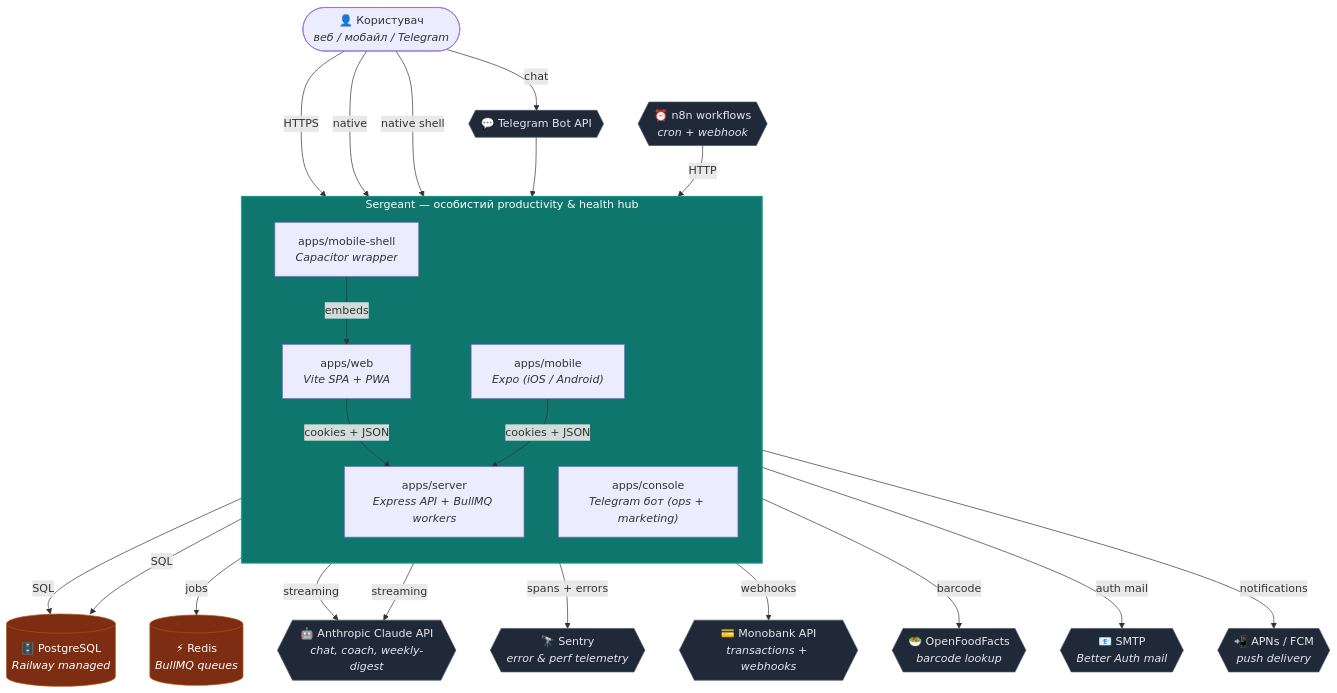
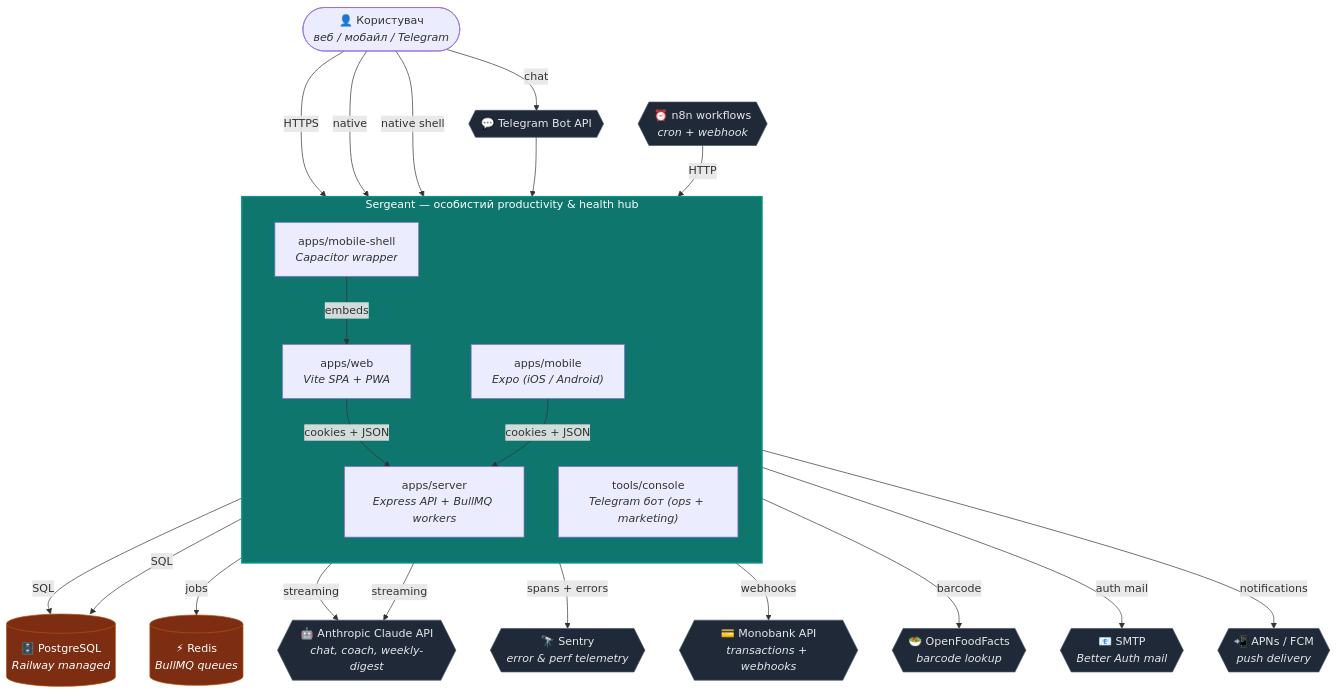
Before and after one commit to SkOrDs-02/sergeant: the diagram in docs/architecture/diagrams/c1-system-context.md, drawn with Mermaid. The commit also changed other lines of this file and 114 other files, not shown here.

Commit message:
chore(root): move apps/console to tools/console (0010 ankle-PR) (#1792)

````diff
--- a/docs/architecture/diagrams/c1-system-context.md
+++ b/docs/architecture/diagrams/c1-system-context.md
@@ -8,53 +8,53 @@
 ```mermaid
 flowchart TB
     User(["👤 Користувач<br/><i>веб / мобайл / Telegram</i>"])
 
     subgraph Sergeant["Sergeant — особистий productivity & health hub"]
         direction TB
         WebApp["apps/web<br/><i>Vite SPA + PWA</i>"]
         MobileApp["apps/mobile<br/><i>Expo (iOS / Android)</i>"]
         ShellApp["apps/mobile-shell<br/><i>Capacitor wrapper</i>"]
         Server["apps/server<br/><i>Express API + BullMQ workers</i>"]
-        Console["apps/console<br/><i>Telegram бот (ops + marketing)</i>"]
+        Console["tools/console<br/><i>Telegram бот (ops + marketing)</i>"]
     end
 
     Postgres[("🗄️ PostgreSQL<br/><i>Railway managed</i>")]
     Redis[("⚡ Redis<br/><i>BullMQ queues</i>")]
     Anthropic{{"🤖 Anthropic Claude API<br/><i>chat, coach, weekly-digest</i>"}}
     Sentry{{"🔭 Sentry<br/><i>error & perf telemetry</i>"}}
     n8n{{"⏰ n8n workflows<br/><i>cron + webhook</i>"}}
     Mono{{"💳 Monobank API<br/><i>transactions + webhooks</i>"}}
     OFF{{"🥗 OpenFoodFacts<br/><i>barcode lookup</i>"}}
     SMTP{{"📧 SMTP<br/><i>Better Auth mail</i>"}}
     Push{{"📲 APNs / FCM<br/><i>push delivery</i>"}}
     Telegram{{"💬 Telegram Bot API"}}
 
     User -->|HTTPS| WebApp
     User -->|native| MobileApp
     User -->|native shell| ShellApp
     User -->|chat| Telegram
 
     ShellApp -->|embeds| WebApp
     WebApp -->|cookies + JSON| Server
     MobileApp -->|cookies + JSON| Server
     Telegram --> Console
 
     Server -->|SQL| Postgres
     Server -->|jobs| Redis
     Server -->|streaming| Anthropic
     Server -->|spans + errors| Sentry
     Server -->|webhooks| Mono
     Server -->|barcode| OFF
     Server -->|auth mail| SMTP
     Server -->|notifications| Push
     n8n -->|HTTP| Server
     Console -->|SQL| Postgres
     Console -->|streaming| Anthropic
 
     classDef sys fill:#0f766e,stroke:#0d9488,color:#fff,stroke-width:2px
     classDef ext fill:#1f2937,stroke:#475569,color:#e5e7eb
     classDef store fill:#7c2d12,stroke:#b45309,color:#fff
     class Sergeant sys
     class Postgres,Redis store
     class Anthropic,Sentry,n8n,Mono,OFF,SMTP,Push,Telegram ext
 ```
````
